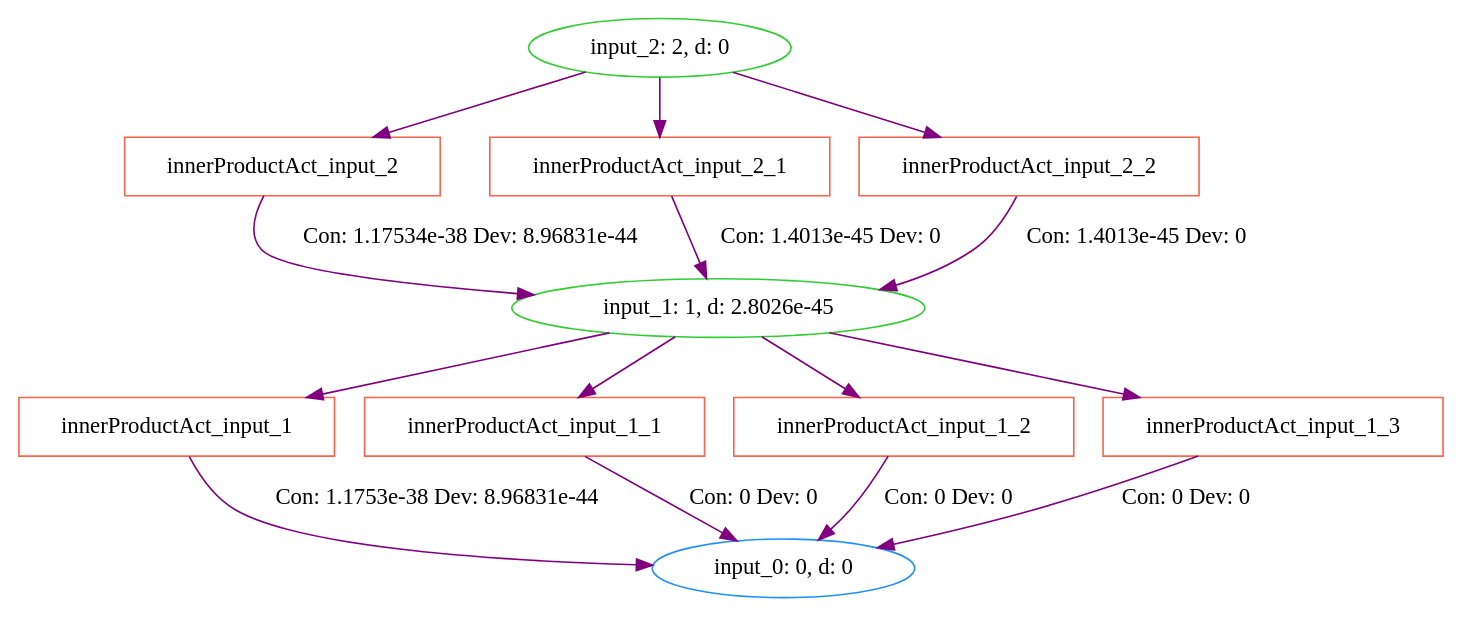
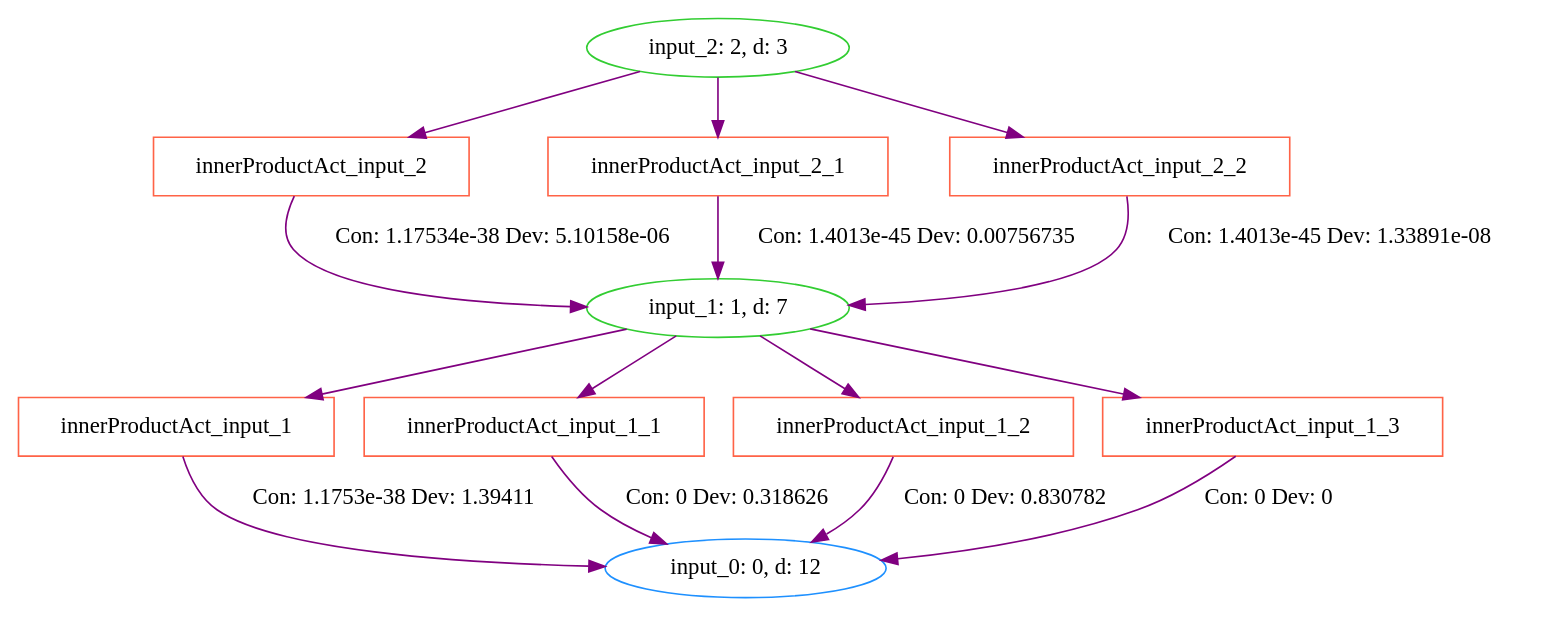
One commit to milliondegree/PXAI changed the diagram in data/iris/cprov/test2-input_2.dot. Above: the diagram before and after it, drawn with Graphviz. The commit also changed 11 other files, not shown here.

```diff
--- a/data/iris/cprov/test2-input_2.dot
+++ b/data/iris/cprov/test2-input_2.dot
@@ -1,40 +1,40 @@
 digraph G {
-0 [label="input_2: 2, d: 0", shape=oval, color=limegreen];
+0 [label="input_2: 2, d: 3", shape=oval, color=limegreen];
 1 [label="innerProductAct_input_2", shape=box, color=tomato];
-2 [label="input_1: 1, d: 2.8026e-45", shape=oval, color=limegreen];
+2 [label="input_1: 1, d: 7", shape=oval, color=limegreen];
 3 [label="innerProductAct_input_1", shape=box, color=tomato];
-4 [label="input_0: 0, d: 0", shape=oval, color=dodgerblue];
+4 [label="input_0: 0, d: 12", shape=oval, color=dodgerblue];
 5 [label="innerProductAct_input_1_1", shape=box, color=tomato];
 6 [label="innerProductAct_input_1_2", shape=box, color=tomato];
 7 [label="innerProductAct_input_1_3", shape=box, color=tomato];
 8 [label="innerProductAct_input_2_1", shape=box, color=tomato];
 9 [label="innerProductAct_input_2_2", shape=box, color=tomato];
 0->1  [color=purple]
  [label=""];
 1->2  [color=purple]
- [label="Con: 1.17534e-38 Dev: 8.96831e-44"];
+ [label="Con: 1.17534e-38 Dev: 5.10158e-06"];
 2->3  [color=purple]
  [label=""];
 3->4  [color=purple]
- [label="Con: 1.1753e-38 Dev: 8.96831e-44"];
+ [label="Con: 1.1753e-38 Dev: 1.39411"];
 2->5  [color=purple]
  [label=""];
 5->4  [color=purple]
- [label="Con: 0 Dev: 0"];
+ [label="Con: 0 Dev: 0.318626"];
 2->6  [color=purple]
  [label=""];
 6->4  [color=purple]
- [label="Con: 0 Dev: 0"];
+ [label="Con: 0 Dev: 0.830782"];
 2->7  [color=purple]
  [label=""];
 7->4  [color=purple]
  [label="Con: 0 Dev: 0"];
 0->8  [color=purple]
  [label=""];
 8->2  [color=purple]
- [label="Con: 1.4013e-45 Dev: 0"];
+ [label="Con: 1.4013e-45 Dev: 0.00756735"];
 0->9  [color=purple]
  [label=""];
 9->2  [color=purple]
- [label="Con: 1.4013e-45 Dev: 0"];
+ [label="Con: 1.4013e-45 Dev: 1.33891e-08"];
 }
```
